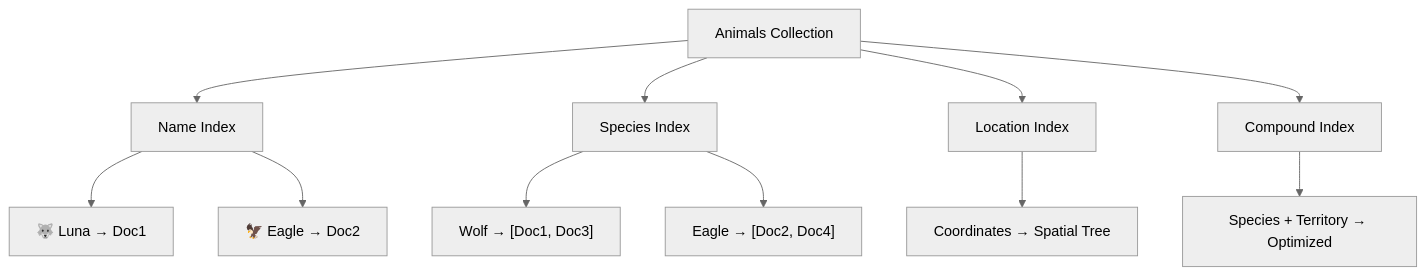
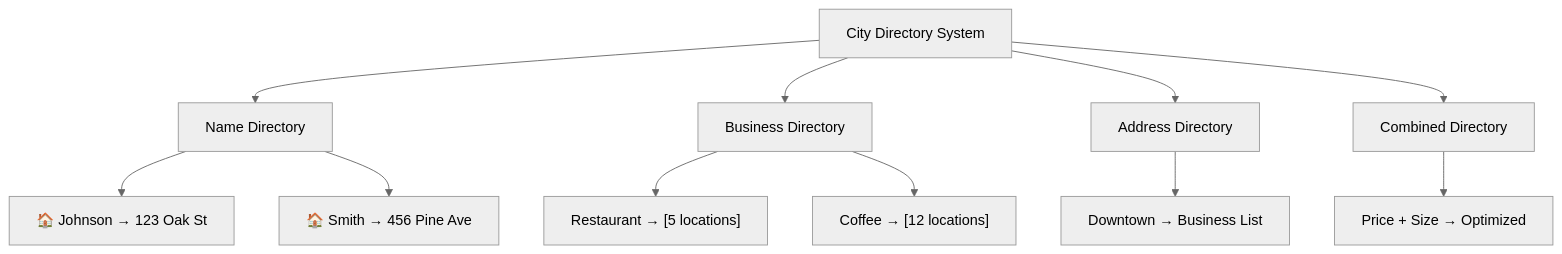
The seventh of 11 diagrams in mongodb-nature-guide.md (viswanathsandu/QuickGuides), drawn with Mermaid (neutral theme) before and after one commit. The commit also changed other lines of this file, not shown here.

````diff
--- a/mongodb-nature-guide.md
+++ b/mongodb-nature-guide.md
@@ -419,17 +435,17 @@
 ```mermaid
 graph TB
-    A[Animals Collection] --> B[Name Index]
-    A --> C[Species Index]  
-    A --> D[Location Index]
-    A --> E[Compound Index]
+    A[City Directory System] --> B[Name Directory]
+    A --> C[Business Directory]  
+    A --> D[Address Directory]
+    A --> E[Combined Directory]
     
-    B --> B1["🐺 Luna → Doc1"]
-    B --> B2["🦅 Eagle → Doc2"]
+    B --> B1["🏠 Johnson → 123 Oak St"]
+    B --> B2["🏠 Smith → 456 Pine Ave"]
     
-    C --> C1["Wolf → [Doc1, Doc3]"]
-    C --> C2["Eagle → [Doc2, Doc4]"]
+    C --> C1["Restaurant → [5 locations]"]
+    C --> C2["Coffee → [12 locations]"]
     
-    D --> D1["Coordinates → Spatial Tree"]
+    D --> D1["Downtown → Business List"]
     
-    E --> E1["Species + Territory → Optimized"]
+    E --> E1["Price + Size → Optimized"]
 ```
````
